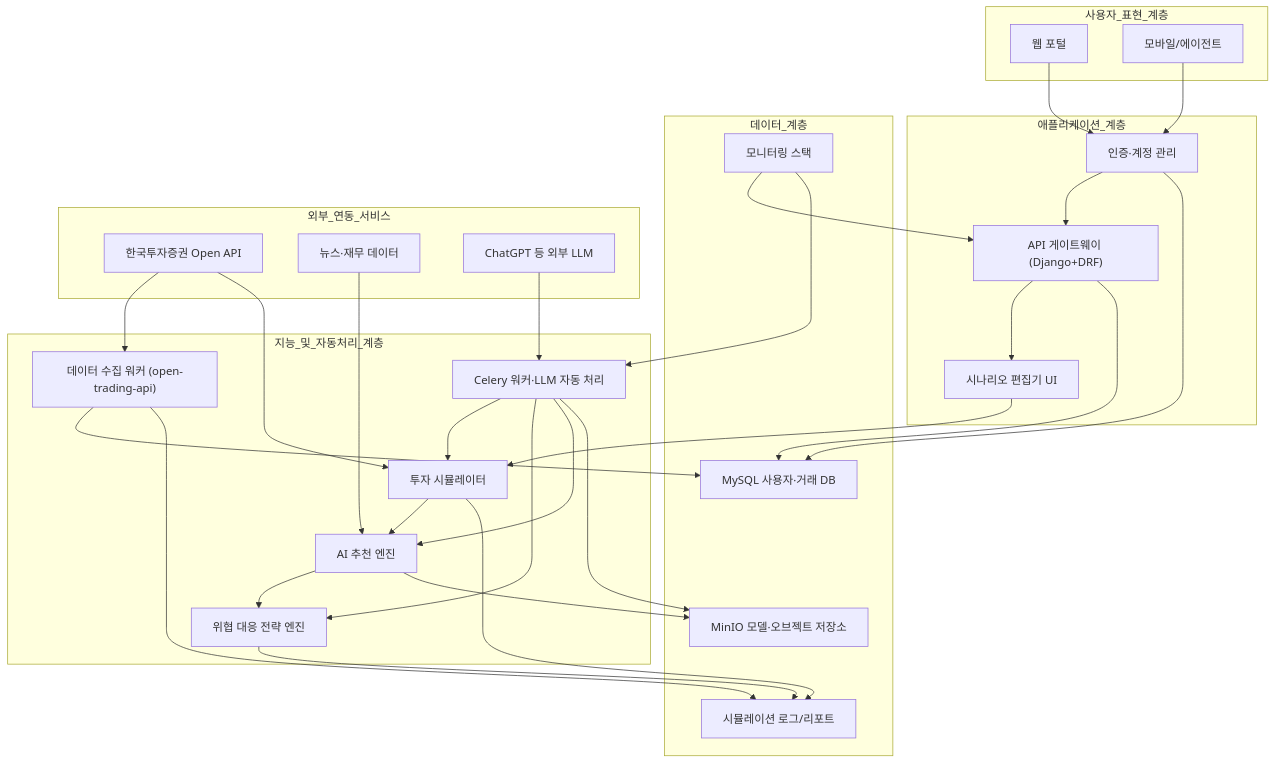
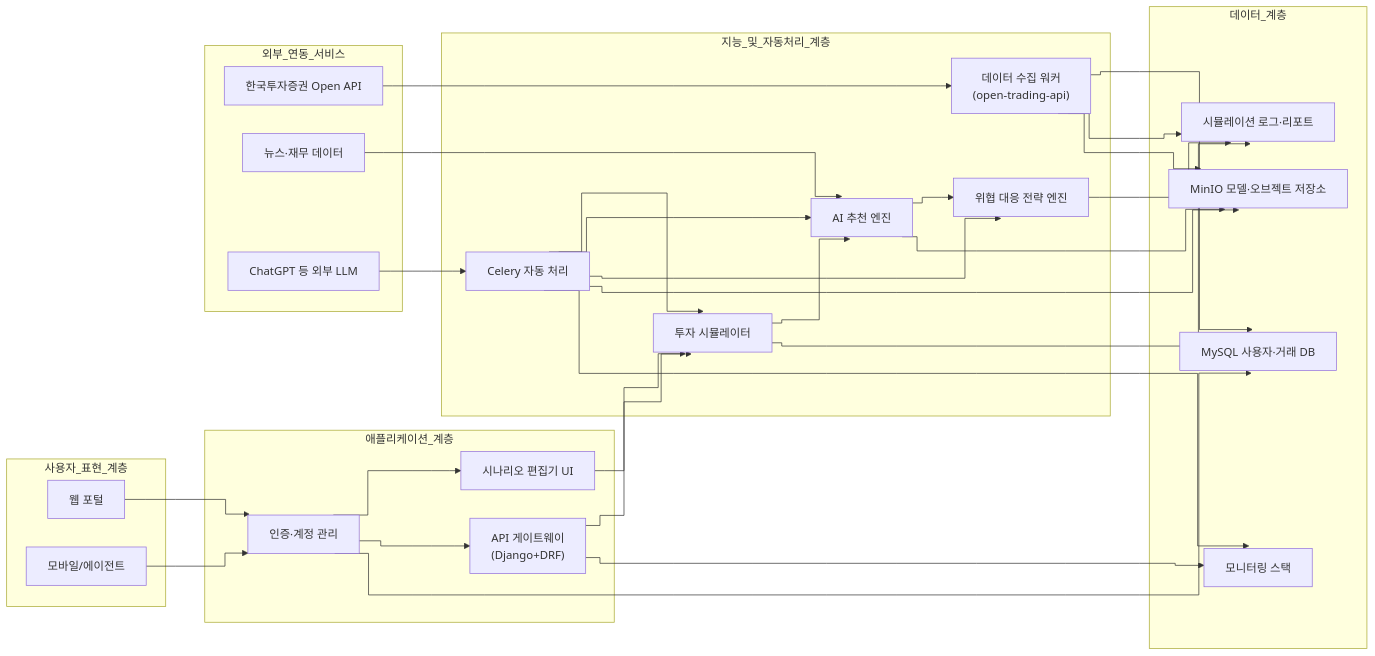
One commit to movingmin/X-AI-Convergence-Capstone-Crew changed the diagram in mdfiles/WhatcanIdo.md. Above: the diagram before and after it, drawn with Mermaid.

Commit message:
WhatcanIdo commit

````diff
--- a/mdfiles/WhatcanIdo.md
+++ b/mdfiles/WhatcanIdo.md
@@ -3,54 +3,56 @@
 ```mermaid
-graph TD
+%%{init: {"flowchart": {"curve": "step", "nodeSpacing": 40, "rankSpacing": 55}}}%%
+flowchart LR
     subgraph 사용자_표현_계층
         A["웹 포털"]
         B["모바일/에이전트"]
     end
     subgraph 애플리케이션_계층
         C["인증·계정 관리"]
         D["시나리오 편집기 UI"]
-        E["API 게이트웨이 (Django+DRF)"]
+        E["API 게이트웨이\n(Django+DRF)"]
     end
     subgraph 지능_및_자동처리_계층
         F["투자 시뮬레이터"]
         G["위협 대응 전략 엔진"]
         H["AI 추천 엔진"]
-        I["Celery 워커·LLM 자동 처리"]
-        J["데이터 수집 워커 (open-trading-api)"]
+        I["Celery 자동 처리"]
+        J["데이터 수집 워커\n(open-trading-api)"]
     end
     subgraph 데이터_계층
         K["MySQL 사용자·거래 DB"]
-        L["시뮬레이션 로그/리포트"]
+        L["시뮬레이션 로그·리포트"]
         M["MinIO 모델·오브젝트 저장소"]
         N["모니터링 스택"]
     end
     subgraph 외부_연동_서비스
         O["한국투자증권 Open API"]
         P["뉴스·재무 데이터"]
         Q["ChatGPT 등 외부 LLM"]
     end
+
     A --> C
     B --> C
+    C --> D
     C --> E
-    E --> D
     D --> F
+    E --> F
     F --> H
     H --> G
+    F --> L
     G --> L
-    F --> L
-    C --> K
-    E --> K
+    H --> M
     I --> F
+    I --> H
     I --> G
-    I --> H
     J --> K
     J --> L
-    H --> M
+    J --> M
     I --> M
-    N --> E
-    N --> I
+    C --> K
+    E --> N
+    I --> N
     O --> J
-    O --> F
     P --> H
     Q --> I
 ```
````
